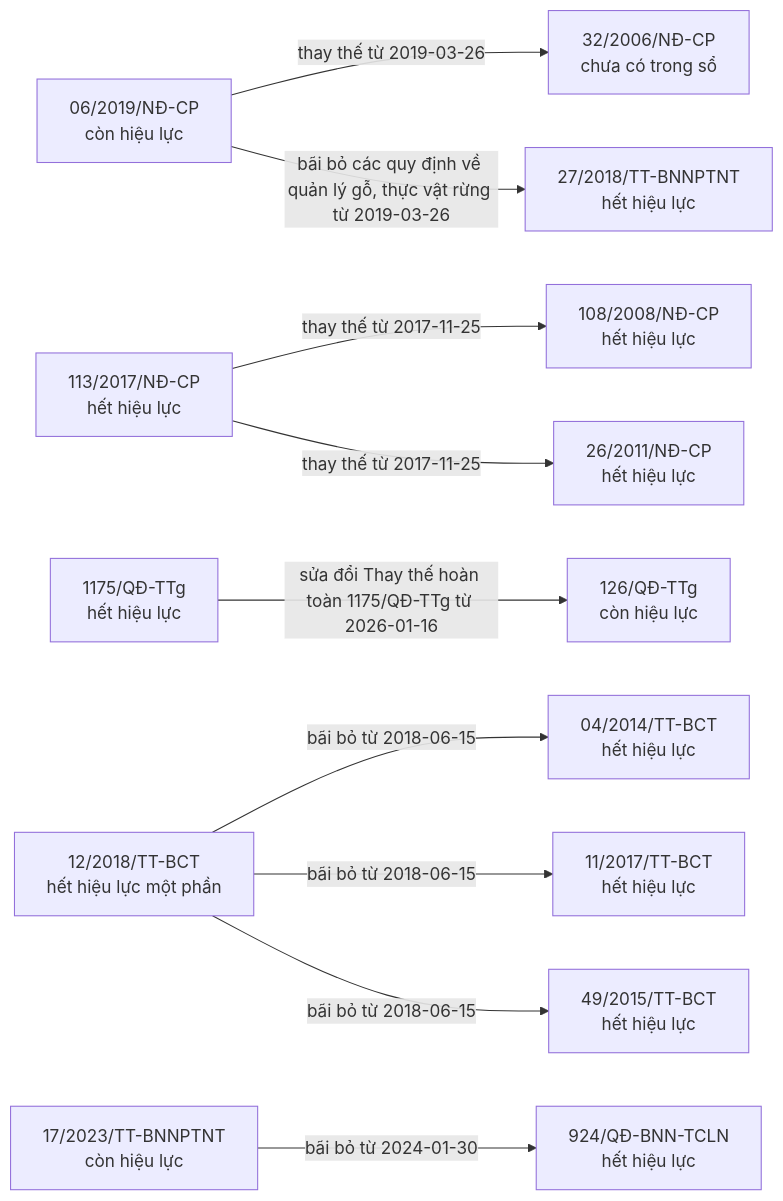
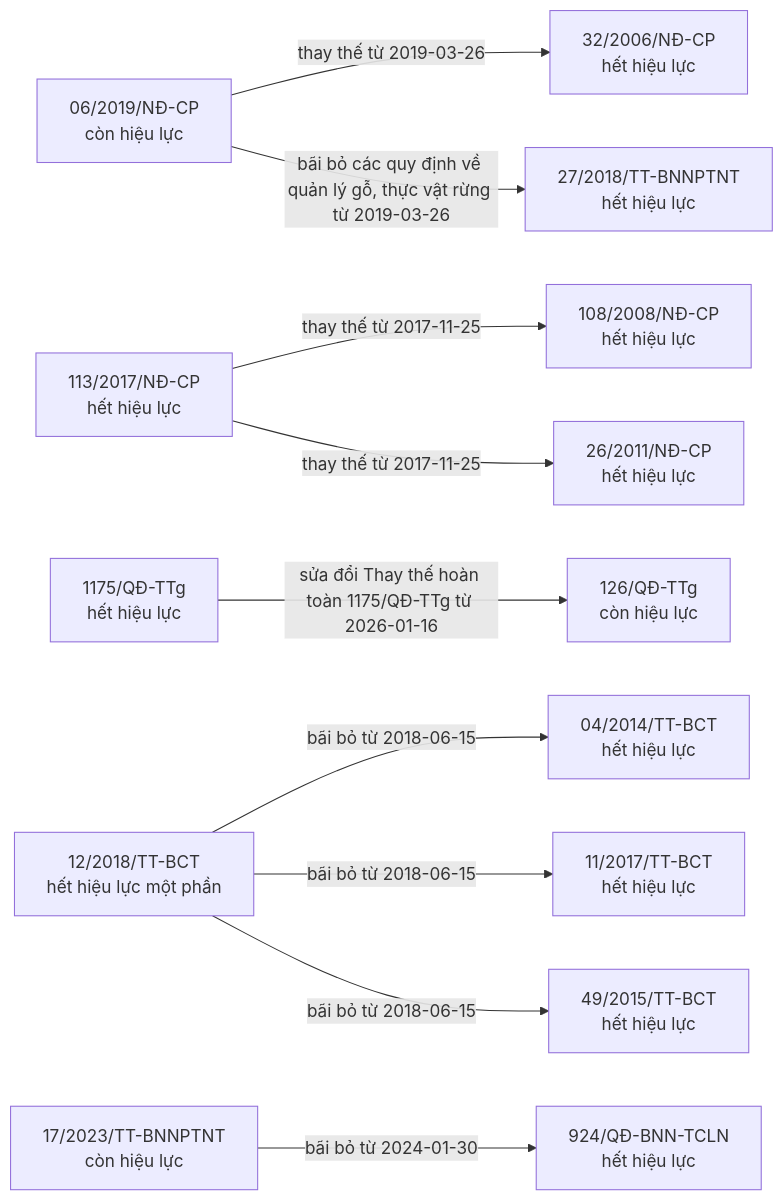
Before and after one commit to ozvietnam/oz-wiki-plhq: the second of 10 diagrams in bao-cao/quan-he.md, drawn with Mermaid. The commit also changed other lines of this file and 5 other files, not shown here.

````diff
--- a/bao-cao/quan-he.md
+++ b/bao-cao/quan-he.md
@@ -21,26 +21,26 @@
 ```mermaid
 flowchart LR
   n_06_2019_N__CP["06/2019/NĐ-CP<br/>còn hiệu lực"]
-  n_32_2006_N__CP["32/2006/NĐ-CP<br/>chưa có trong sổ"]
+  n_32_2006_N__CP["32/2006/NĐ-CP<br/>hết hiệu lực"]
   n_27_2018_TT_BNNPTNT["27/2018/TT-BNNPTNT<br/>hết hiệu lực"]
   n_113_2017_N__CP["113/2017/NĐ-CP<br/>hết hiệu lực"]
   n_108_2008_N__CP["108/2008/NĐ-CP<br/>hết hiệu lực"]
   n_26_2011_N__CP["26/2011/NĐ-CP<br/>hết hiệu lực"]
   n_1175_Q__TTg["1175/QĐ-TTg<br/>hết hiệu lực"]
   n_126_Q__TTg["126/QĐ-TTg<br/>còn hiệu lực"]
   n_12_2018_TT_BCT["12/2018/TT-BCT<br/>hết hiệu lực một phần"]
   n_04_2014_TT_BCT["04/2014/TT-BCT<br/>hết hiệu lực"]
   n_11_2017_TT_BCT["11/2017/TT-BCT<br/>hết hiệu lực"]
   n_49_2015_TT_BCT["49/2015/TT-BCT<br/>hết hiệu lực"]
   n_17_2023_TT_BNNPTNT["17/2023/TT-BNNPTNT<br/>còn hiệu lực"]
   n_924_Q__BNN_TCLN["924/QĐ-BNN-TCLN<br/>hết hiệu lực"]
   n_06_2019_N__CP -->|thay thế từ 2019-03-26| n_32_2006_N__CP
   n_06_2019_N__CP -->|bãi bỏ các quy định về quản lý gỗ, thực vật rừng từ 2019-03-26| n_27_2018_TT_BNNPTNT
   n_113_2017_N__CP -->|thay thế từ 2017-11-25| n_108_2008_N__CP
   n_113_2017_N__CP -->|thay thế từ 2017-11-25| n_26_2011_N__CP
   n_1175_Q__TTg -->|sửa đổi Thay thế hoàn toàn 1175/QĐ-TTg từ 2026-01-16| n_126_Q__TTg
   n_12_2018_TT_BCT -->|bãi bỏ từ 2018-06-15| n_04_2014_TT_BCT
   n_12_2018_TT_BCT -->|bãi bỏ từ 2018-06-15| n_11_2017_TT_BCT
   n_12_2018_TT_BCT -->|bãi bỏ từ 2018-06-15| n_49_2015_TT_BCT
   n_17_2023_TT_BNNPTNT -->|bãi bỏ từ 2024-01-30| n_924_Q__BNN_TCLN
 ```
````
